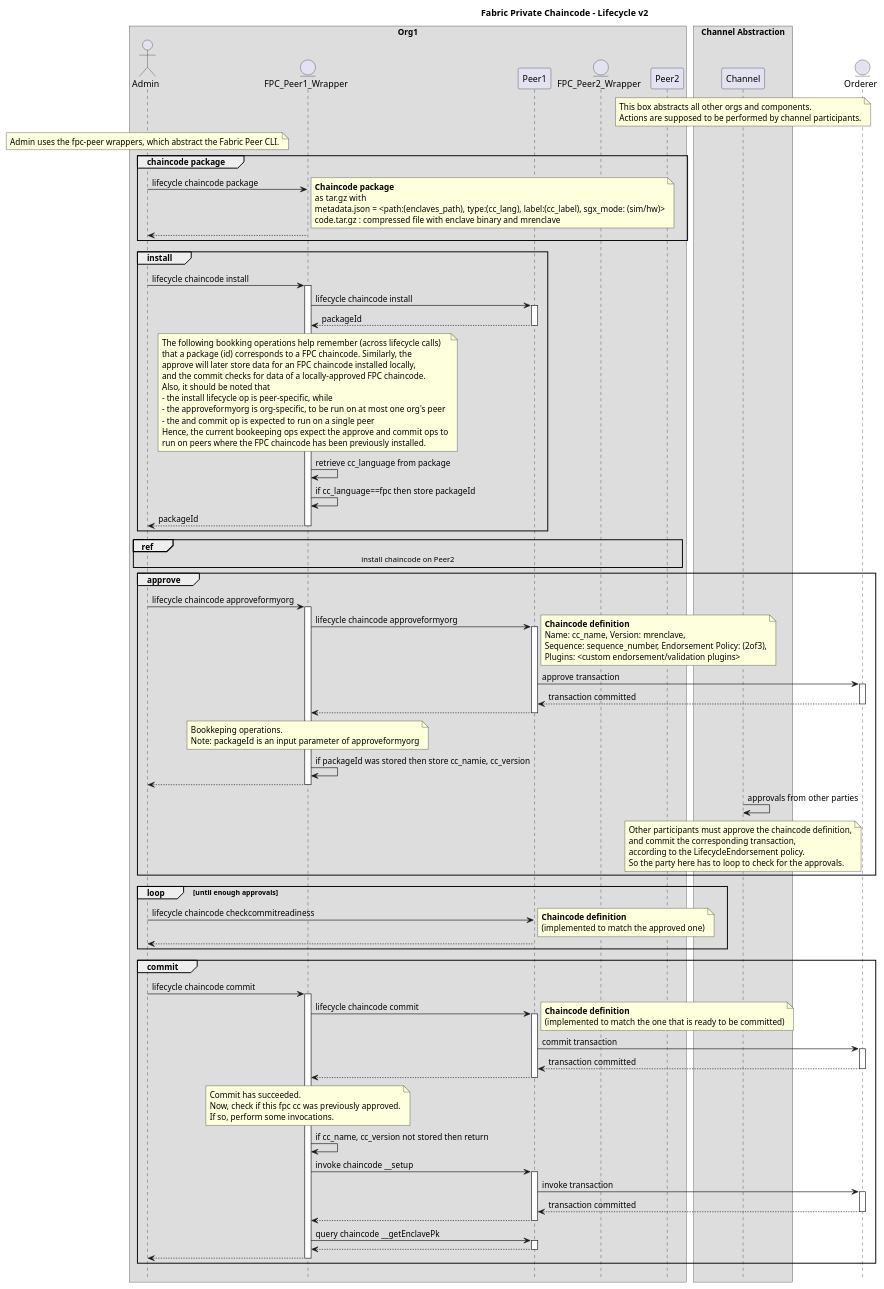
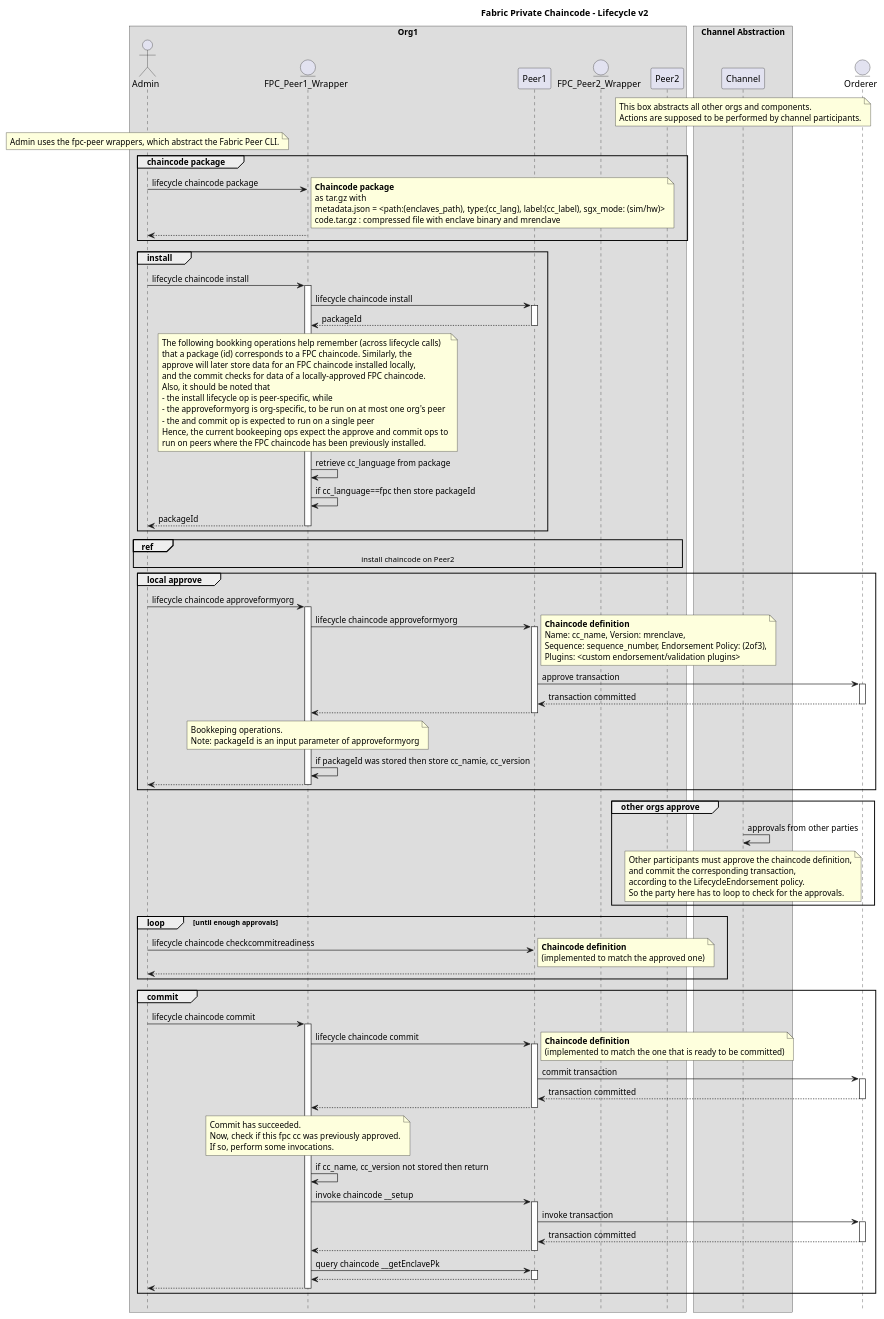
The diagram in docs/design/fabric-v2+/fpc-lifecycle-v2.puml (hyperledger/fabric-private-chaincode), drawn with PlantUML before and after one commit.

Commit message:
separate other orgs approve

```diff
--- a/docs/design/fabric-v2+/fpc-lifecycle-v2.puml
+++ b/docs/design/fabric-v2+/fpc-lifecycle-v2.puml
@@ -8,131 +8,133 @@
 @startuml
 
 !pragma teoz true
 
 hide footbox
 title Foot Box removed
 
 title Fabric Private Chaincode - Lifecycle v2
 
 box "Org1"
 actor	Admin order 10
 entity "FPC_Peer1_Wrapper" as FPC_Peer1_Wrapper order 15
 participant Peer1 order 20
 entity "FPC_Peer2_Wrapper" as FPC_Peer2_Wrapper order 30
 participant Peer2 order 40
 end box
 
 box "Channel Abstraction"
 participant Channel order 70
 note over Channel
     This box abstracts all other orgs and components.
     Actions are supposed to be performed by channel participants.
 end note
 end box
 
 entity Orderer order 80
 
 note over Admin
     Admin uses the fpc-peer wrappers, which abstract the Fabric Peer CLI.
 end note
 
 group chaincode package
 Admin -> FPC_Peer1_Wrapper : lifecycle chaincode package
 note right
     **Chaincode package**
     as tar.gz with
     metadata.json = <path:(enclaves_path), type:(cc_lang), label:(cc_label), sgx_mode: (sim/hw)>
     code.tar.gz : compressed file with enclave binary and mrenclave
 end note
 return
 end /' group chaincode package '/
 
 group install
 Admin -> FPC_Peer1_Wrapper ++: lifecycle chaincode install
 FPC_Peer1_Wrapper -> Peer1 ++: lifecycle chaincode install
 return packageId
 note over FPC_Peer1_Wrapper
     The following bookking operations help remember (across lifecycle calls)
     that a package (id) corresponds to a FPC chaincode. Similarly, the
     approve will later store data for an FPC chaincode installed locally,
     and the commit checks for data of a locally-approved FPC chaincode.
     Also, it should be noted that
     - the install lifecycle op is peer-specific, while
     - the approveformyorg is org-specific, to be run on at most one org's peer
     - the and commit op is expected to run on a single peer
     Hence, the current bookeeping ops expect the approve and commit ops to
     run on peers where the FPC chaincode has been previously installed.
 end note
 FPC_Peer1_Wrapper -> FPC_Peer1_Wrapper : retrieve cc_language from package
 FPC_Peer1_Wrapper -> FPC_Peer1_Wrapper : if cc_language==fpc then store packageId
 return packageId /' Admin -> FPC_Peer1_Wrapper '/
 end /' group install '/
 
 ref over Admin, FPC_Peer2_Wrapper, Peer2
     install chaincode on Peer2
 end /' ref '/
 
-group approve
+group local approve
 Admin -> FPC_Peer1_Wrapper ++: lifecycle chaincode approveformyorg
 FPC_Peer1_Wrapper -> Peer1 ++: lifecycle chaincode approveformyorg
 note right
     **Chaincode definition**
     Name: cc_name, Version: mrenclave,
     Sequence: sequence_number, Endorsement Policy: (2of3),
     Plugins: <custom endorsement/validation plugins>
 end note
 Peer1 -> Orderer ++: approve transaction
 return transaction committed /' Peer1 -> Orderer '/
 return /' FPC_Peer1_Wrapper -> Peer1 '/
 note over FPC_Peer1_Wrapper
     Bookkeping operations.
     Note: packageId is an input parameter of approveformyorg
 end note
 FPC_Peer1_Wrapper -> FPC_Peer1_Wrapper : if packageId was stored then store cc_namie, cc_version
 return /' Admin -> FPC_Peer1_Wrapper '/
+end /' group approve '/
 
+group other orgs approve
 Channel -> Channel : approvals from other parties
 note over Channel
     Other participants must approve the chaincode definition,
     and commit the corresponding transaction,
     according to the LifecycleEndorsement policy.
     So the party here has to loop to check for the approvals.
 end note
+end group 'other orgs approve'
 
-end /' group approve '/
 
 loop until enough approvals
 	Admin -> Peer1 : lifecycle chaincode checkcommitreadiness
 note right
     **Chaincode definition**
     (implemented to match the approved one)
 end note
     return
 end
 
 group commit
 Admin -> FPC_Peer1_Wrapper ++:lifecycle chaincode commit
 FPC_Peer1_Wrapper -> Peer1 ++: lifecycle chaincode commit
 note right
     **Chaincode definition**
     (implemented to match the one that is ready to be committed)
 end note
 Peer1 -> Orderer ++: commit transaction
 return transaction committed /' Peer1 -> Orderer '/
 return /' FPC_Peer1_Wrapper -> Peer1 '/
 note over FPC_Peer1_Wrapper
     Commit has succeeded.
     Now, check if this fpc cc was previously approved.
     If so, perform some invocations.
 end note
 FPC_Peer1_Wrapper -> FPC_Peer1_Wrapper : if cc_name, cc_version not stored then return
 FPC_Peer1_Wrapper -> Peer1 ++: invoke chaincode __setup
 Peer1 -> Orderer ++: invoke transaction
 return transaction committed
 return /' FPC_Peer1_Wrapper -> Peer1 '/
 FPC_Peer1_Wrapper -> Peer1 ++: query chaincode __getEnclavePk
 return /' FPC_Peer1_Wrapper -> Peer1 '/
 return /' Admin -> FPC_Peer1_Wrapper '/
 end /' group commit '/
 
 @enduml
```
